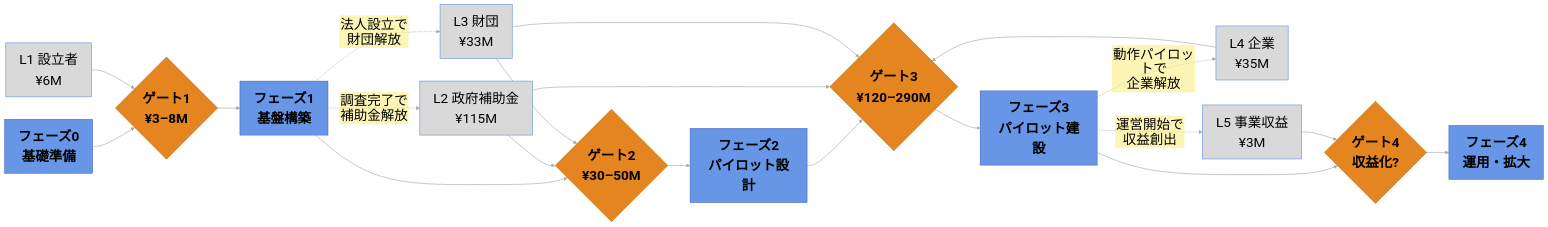
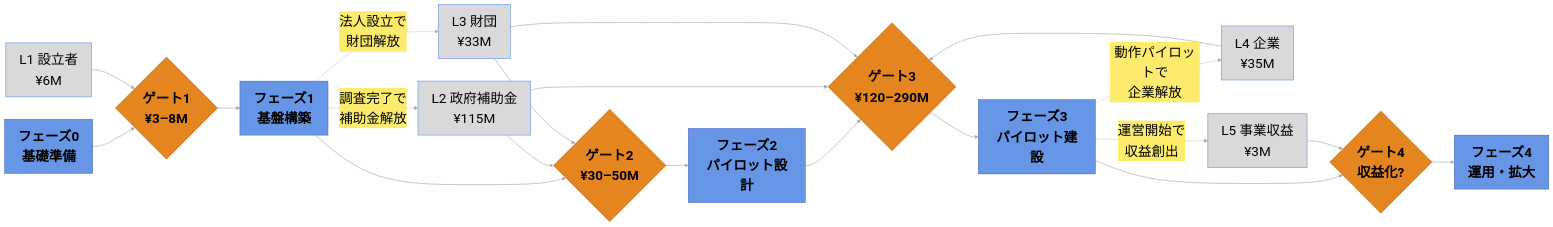
One commit to robouden/mitsue-ai-data-center changed the diagram in docs/strategy/mitsue_phases_funding_flowchart_jp.md. Above: the diagram before and after it, drawn with Mermaid. The commit also changed other lines of this file and 3 other files, not shown here.

First line of the commit message:
Fix double/clipped text in JP funding flowchart mermaid diagram

````diff
--- a/docs/strategy/mitsue_phases_funding_flowchart_jp.md
+++ b/docs/strategy/mitsue_phases_funding_flowchart_jp.md
@@ -24,38 +26,38 @@
 ```mermaid
-%%{init: {'theme':'base','flowchart':{'htmlLabels':false},'themeVariables':{
+%%{init: {'theme':'base','flowchart':{'htmlLabels':true},'themeVariables':{
   'background':'#404040',
   'primaryColor':'#6796e6','primaryTextColor':'#FFFFFF','primaryBorderColor':'#3655b5',
   'lineColor':'#A8A8A8','textColor':'#1A1A1A',
   'edgeLabelBackground':'#FCEB6C',
-  'fontFamily':'Noto Sans JP, Yu Gothic, sans-serif',
+  'fontFamily':'Noto Sans CJK JP, Yu Gothic, sans-serif',
   'fontSize':'30px'
 }}}%%
 flowchart LR
     P0["フェーズ0<br/>基礎準備"] --> G1{"ゲート1<br/>¥3–8M"}
     G1 --> P1["フェーズ1<br/>基盤構築"] --> G2{"ゲート2<br/>¥30–50M"}
     G2 --> P2["フェーズ2<br/>パイロット設計"] --> G3{"ゲート3<br/>¥120–290M"}
     G3 --> P3["フェーズ3<br/>パイロット建設"] --> G4{"ゲート4<br/>収益化?"}
     G4 --> P4["フェーズ4<br/>運用・拡大"]
 
     F1["L1 設立者<br/>¥6M"] --> G1
     F2["L2 政府補助金<br/>¥115M"] --> G2
     F3["L3 財団<br/>¥33M"] --> G2
     F2 --> G3
     F3 --> G3
     F4["L4 企業<br/>¥35M"] --> G3
     F5["L5 事業収益<br/>¥3M"] --> G4
 
     P1 -.->|調査完了で<br/>補助金解放| F2
     P1 -.->|法人設立で<br/>財団解放| F3
     P3 -.->|動作パイロットで<br/>企業解放| F4
     P3 -.->|運営開始で<br/>収益創出| F5
 
     classDef phase fill:#6796e6,stroke:#3655b5,stroke-width:1px,color:#000000,font-weight:bold
     classDef gate  fill:#e58520,stroke:#A85C10,stroke-width:1px,color:#000000,font-weight:bold
     classDef fund  fill:#D9D9D9,stroke:#6796e6,stroke-width:1.4px,color:#000000
     class P0,P1,P2,P3,P4 phase
     class G1,G2,G3,G4 gate
     class F1,F2,F3,F4,F5 fund
 
     linkStyle default stroke:#A8A8A8,stroke-width:1.4px,color:#000000
 ```
````
